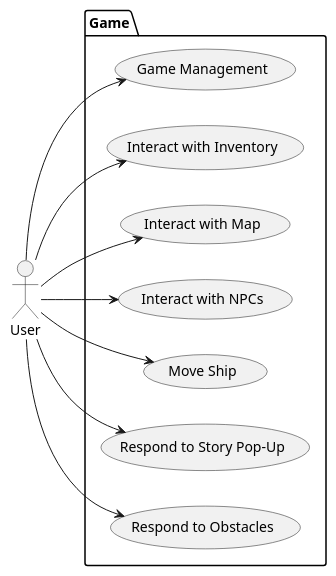
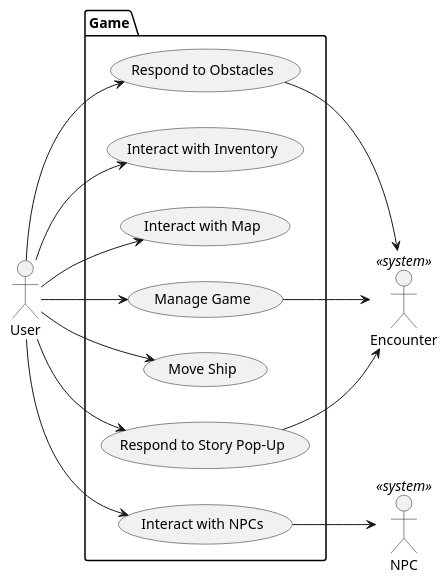
Before and after one commit to emutchek/MaraudersAtSea: the diagram in CMPU_203_PirateGame/doc/vision.md, drawn with PlantUML. The commit also changed other lines of this file and 1 other file, not shown here.

````diff
--- a/CMPU_203_PirateGame/doc/vision.md
+++ b/CMPU_203_PirateGame/doc/vision.md
@@ -53,25 +53,28 @@
 ```PlantUML
 @startuml
 left to right direction
 actor User as u
+NPC <<system>>
+Encounter <<system>>
 package Game{
-    usecase "Game Management" as UC1
+    usecase "Manage Game" as UC1
     usecase "Interact with Inventory" as UC2
     usecase "Interact with Map" as UC3
     usecase "Interact with NPCs" as UC4
     usecase "Move Ship" as UC5
     usecase "Respond to Story Pop-Up" as UC6
     usecase "Respond to Obstacles" as UC7
 }
-
 u --> UC1
 u --> UC2
 u --> UC3
 u --> UC4
 u --> UC5
 u --> UC6
 u --> UC7
-
-
+UC4 --> NPC
+UC1 --> Encounter
+UC6 --> Encounter
+UC7 --> Encounter
 @enduml
 ```
````
